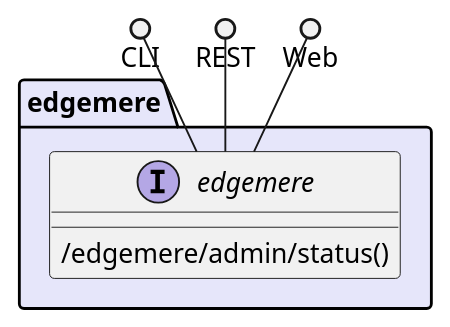
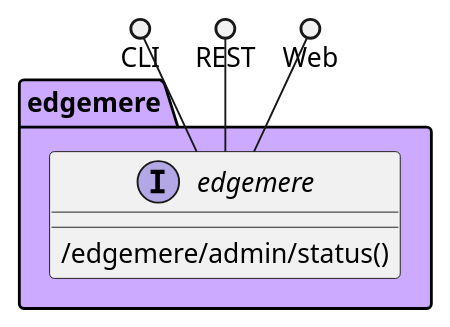
One commit to madajaju/edgemere changed the diagram in docs/edgemere/logical.puml. Above: the diagram before and after it, drawn with PlantUML. The commit also changed 148 other files, not shown here.

```diff
--- a/docs/edgemere/logical.puml
+++ b/docs/edgemere/logical.puml
@@ -1,23 +1,23 @@
 @startuml
 
 
 
-package "edgemere" #lavender {
+package "edgemere" #ccaaff {
 
     interface "edgemere" as i {
             /edgemere/admin/status()
     
     }
 }
 
 CLI ()-- i
 REST ()-- i
 Web ()-- i
 
-package "edgemere" #lavender {
+package "edgemere" #ccaaff {
     
 }
 
 
 
 @enduml
```
